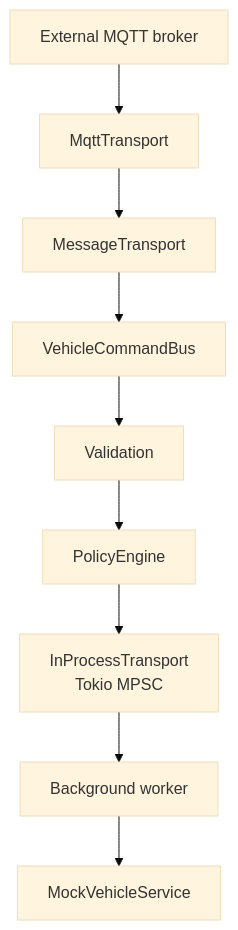
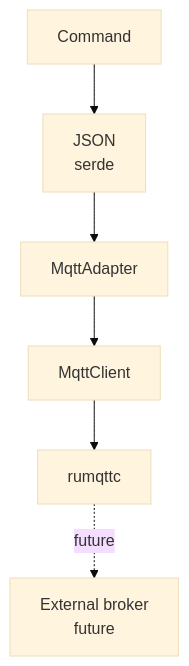
One commit to johnwhitton/ford-infotainment changed the second of 3 diagrams in docs/coding/DESIGN.md. Above: the diagram before and after it, drawn with Mermaid (base theme). The commit also changed other lines of this file and 2 other files, not shown here.

````diff
--- a/docs/coding/DESIGN.md
+++ b/docs/coding/DESIGN.md
@@ -352,21 +361,15 @@
 ```mermaid
 flowchart TD
-    Broker["External MQTT broker"]
-    MqttTransport["MqttTransport"]
-    MessageTransport["MessageTransport"]
-    Bus["VehicleCommandBus"]
-    Validation["Validation"]
-    Policy["PolicyEngine"]
-    InternalTransport["InProcessTransport<br/>Tokio MPSC"]
-    Worker["Background worker"]
-    Vehicle["MockVehicleService"]
+    Command["Command"]
+    Json["JSON<br/>serde"]
+    Adapter["MqttAdapter"]
+    Client["MqttClient"]
+    Rumqttc["rumqttc"]
+    Broker["External broker<br/>future"]
 
-    Broker --> MqttTransport
-    MqttTransport --> MessageTransport
-    MessageTransport --> Bus
-    Bus --> Validation
-    Validation --> Policy
-    Policy --> InternalTransport
-    InternalTransport --> Worker
-    Worker --> Vehicle
+    Command --> Json
+    Json --> Adapter
+    Adapter --> Client
+    Client --> Rumqttc
+    Rumqttc -. future .-> Broker
 ```
````
